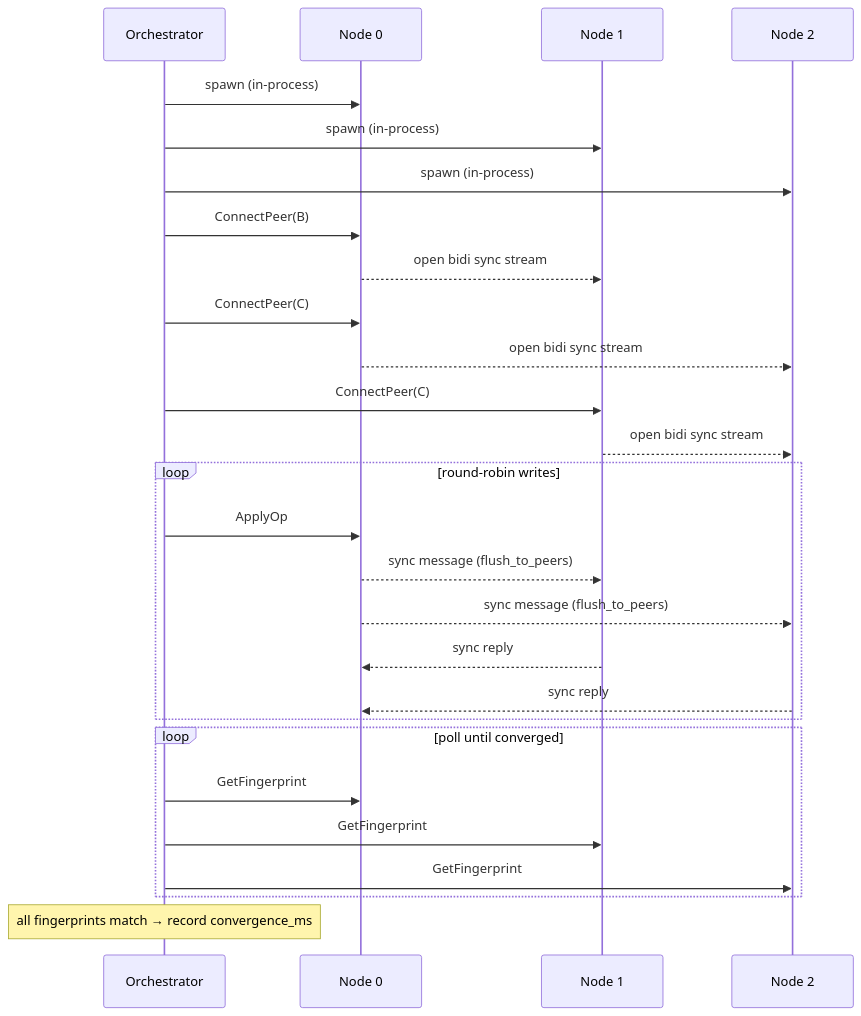
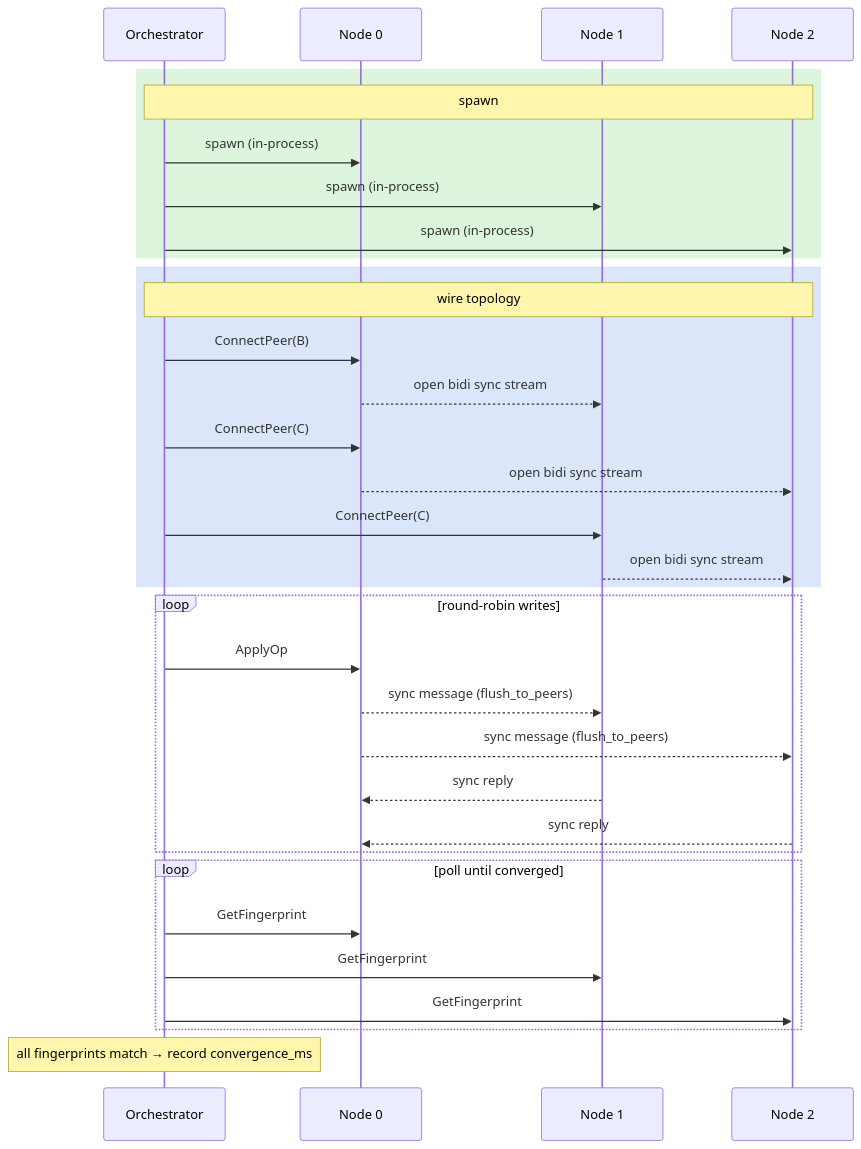
One commit to exokernel/replicant changed the first of 6 diagrams in README.md. Above: the diagram before and after it, drawn with Mermaid.

Commit message:
shade orchestration flow diagram phases with rect blocks

````diff
--- a/README.md
+++ b/README.md
@@ -36,33 +36,39 @@
 ```mermaid
 sequenceDiagram
     participant O as Orchestrator
     participant A as Node 0
     participant B as Node 1
     participant C as Node 2
 
-    O->>A: spawn (in-process)
-    O->>B: spawn (in-process)
-    O->>C: spawn (in-process)
+    rect rgb(220, 245, 220)
+        note over O,C: spawn
+        O->>A: spawn (in-process)
+        O->>B: spawn (in-process)
+        O->>C: spawn (in-process)
+    end
 
-    O->>A: ConnectPeer(B)
-    A-->>B: open bidi sync stream
-    O->>A: ConnectPeer(C)
-    A-->>C: open bidi sync stream
-    O->>B: ConnectPeer(C)
-    B-->>C: open bidi sync stream
+    rect rgb(220, 230, 250)
+        note over O,C: wire topology
+        O->>A: ConnectPeer(B)
+        A-->>B: open bidi sync stream
+        O->>A: ConnectPeer(C)
+        A-->>C: open bidi sync stream
+        O->>B: ConnectPeer(C)
+        B-->>C: open bidi sync stream
+    end
 
     loop round-robin writes
         O->>A: ApplyOp
         A-->>B: sync message (flush_to_peers)
         A-->>C: sync message (flush_to_peers)
         B-->>A: sync reply
         C-->>A: sync reply
     end
 
     loop poll until converged
         O->>A: GetFingerprint
         O->>B: GetFingerprint
         O->>C: GetFingerprint
     end
     Note over O: all fingerprints match → record convergence_ms
 ```
````
